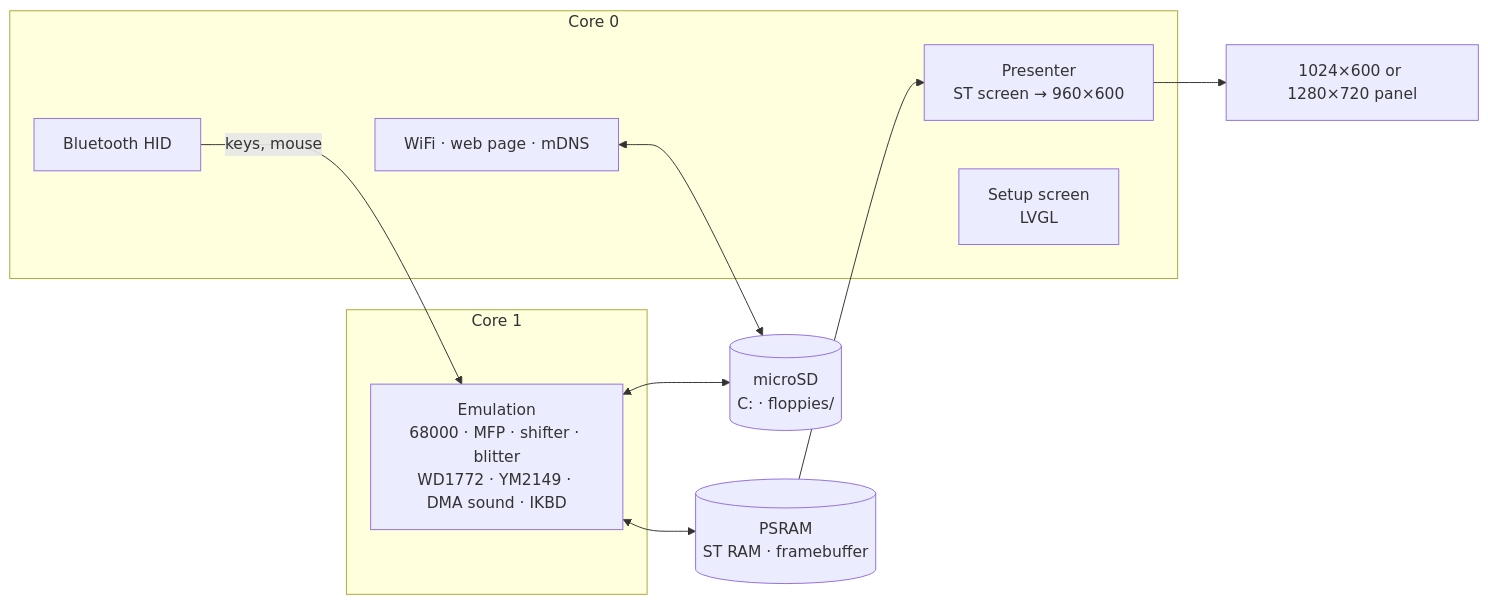
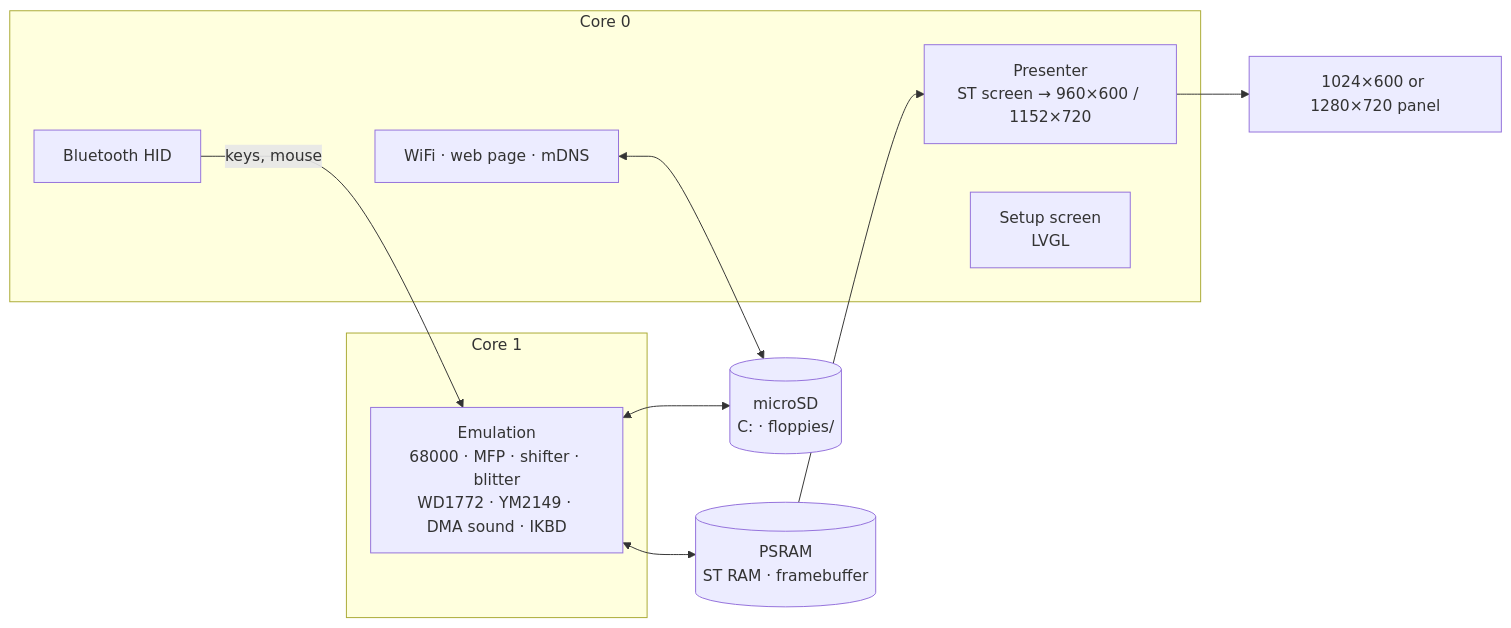
Before and after one commit to rlucencic/esp32ste: the diagram in README.md, drawn with Mermaid. The commit also changed other lines of this file and 16 other files, not shown here.

````diff
--- a/README.md
+++ b/README.md
@@ -157,20 +184,20 @@
 ```mermaid
 flowchart LR
   subgraph core1 [Core 1]
     EMU["Emulation<br>68000 · MFP · shifter · blitter<br>WD1772 · YM2149 · DMA sound · IKBD"]
   end
   subgraph core0 [Core 0]
-    PRES[Presenter<br>ST screen → 960×600]
+    PRES[Presenter<br>ST screen → 960×600 / 1152×720]
     UI[Setup screen<br>LVGL]
     NET[WiFi · web page · mDNS]
     BLE[Bluetooth HID]
   end
   PSRAM[(PSRAM<br>ST RAM · framebuffer)]
   SD[(microSD<br>C: · floppies/)]
   EMU <--> PSRAM
   PRES --> LCD[1024×600 or 1280×720 panel]
   PSRAM --> PRES
   BLE -- keys, mouse --> EMU
   EMU <--> SD
   NET <--> SD
 ```
````
